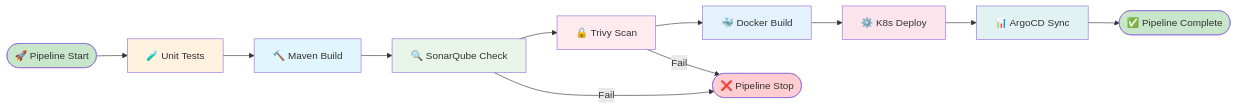
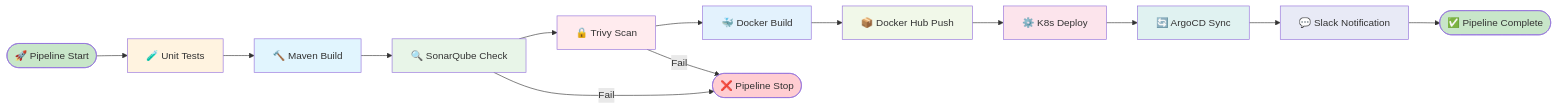
Before and after one commit to onurglr/aws-pipeline: the fifth of 10 diagrams in README.md, drawn with Mermaid. The commit also changed other lines of this file and 1 other file, not shown here.

````diff
--- a/README.md
+++ b/README.md
@@ -463,25 +466,29 @@
 ```mermaid
 flowchart LR
     Start([🚀 Pipeline Start]) --> Test[🧪 Unit Tests]
     Test --> Build[🔨 Maven Build]
     Build --> Quality[🔍 SonarQube Check]
     Quality --> Security[🔒 Trivy Scan]
     Security --> Docker[🐳 Docker Build]
-    Docker --> Deploy[⚙️ K8s Deploy]
-    Deploy --> Monitor[📊 ArgoCD Sync]
-    Monitor --> End([✅ Pipeline Complete])
+    Docker --> Registry[📦 Docker Hub Push]
+    Registry --> Deploy[⚙️ K8s Deploy]
+    Deploy --> GitOps[🔄 ArgoCD Sync]
+    GitOps --> Notify[💬 Slack Notification]
+    Notify --> End([✅ Pipeline Complete])
     
     Quality -->|Fail| Stop([❌ Pipeline Stop])
     Security -->|Fail| Stop
     
     style Start fill:#c8e6c9
     style End fill:#c8e6c9
     style Stop fill:#ffcdd2
     style Test fill:#fff3e0
     style Build fill:#e1f5fe
     style Quality fill:#e8f5e8
     style Security fill:#ffebee
     style Docker fill:#e3f2fd
+    style Registry fill:#f1f8e9
     style Deploy fill:#fce4ec
-    style Monitor fill:#e0f2f1
+    style GitOps fill:#e0f2f1
+    style Notify fill:#e8eaf6
 ```
````
